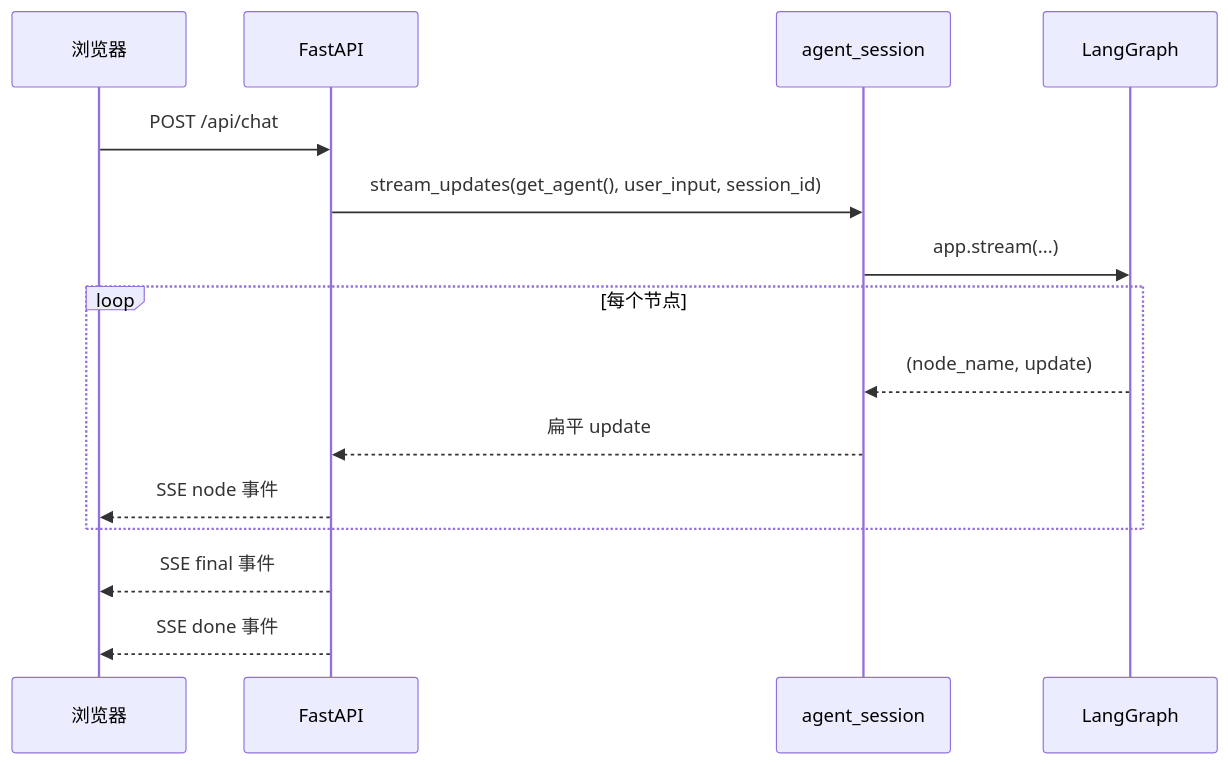
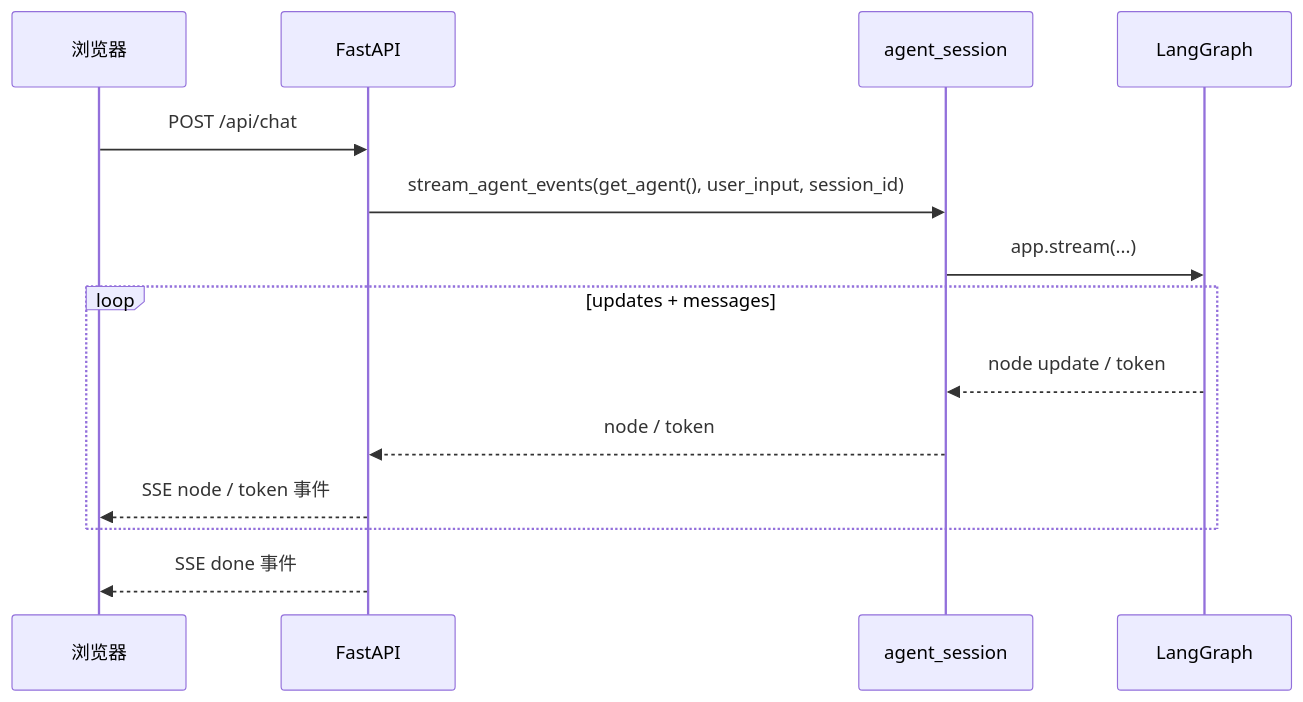
The second of 5 diagrams in src/test2/docs/wiki.md (Heicrt/test2), drawn with Mermaid before and after one commit. The commit also changed other lines of this file and 11 other files, not shown here.

````diff
--- a/src/test2/docs/wiki.md
+++ b/src/test2/docs/wiki.md
@@ -3716,18 +3718,17 @@
 ```mermaid
 sequenceDiagram
     participant B as 浏览器
     participant F as FastAPI
     participant A as agent_session
     participant G as LangGraph
 
     B->>F: POST /api/chat
-    F->>A: stream_updates(get_agent(), user_input, session_id)
+    F->>A: stream_agent_events(get_agent(), user_input, session_id)
     A->>G: app.stream(...)
-    loop 每个节点
-        G-->>A: (node_name, update)
-        A-->>F: 扁平 update
-        F-->>B: SSE node 事件
+    loop updates + messages
+        G-->>A: node update / token
+        A-->>F: node / token
+        F-->>B: SSE node / token 事件
     end
-    F-->>B: SSE final 事件
     F-->>B: SSE done 事件
 ```
````
